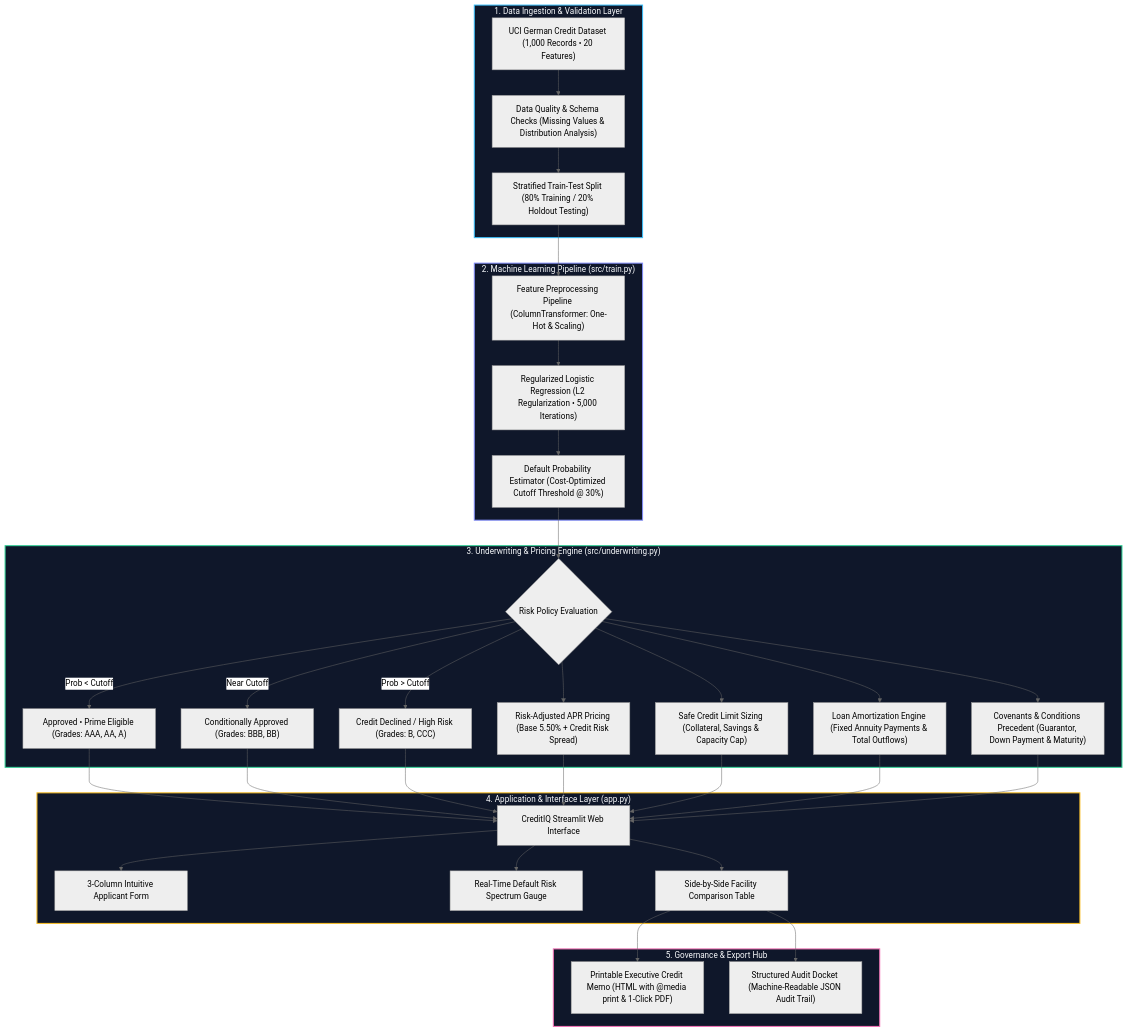
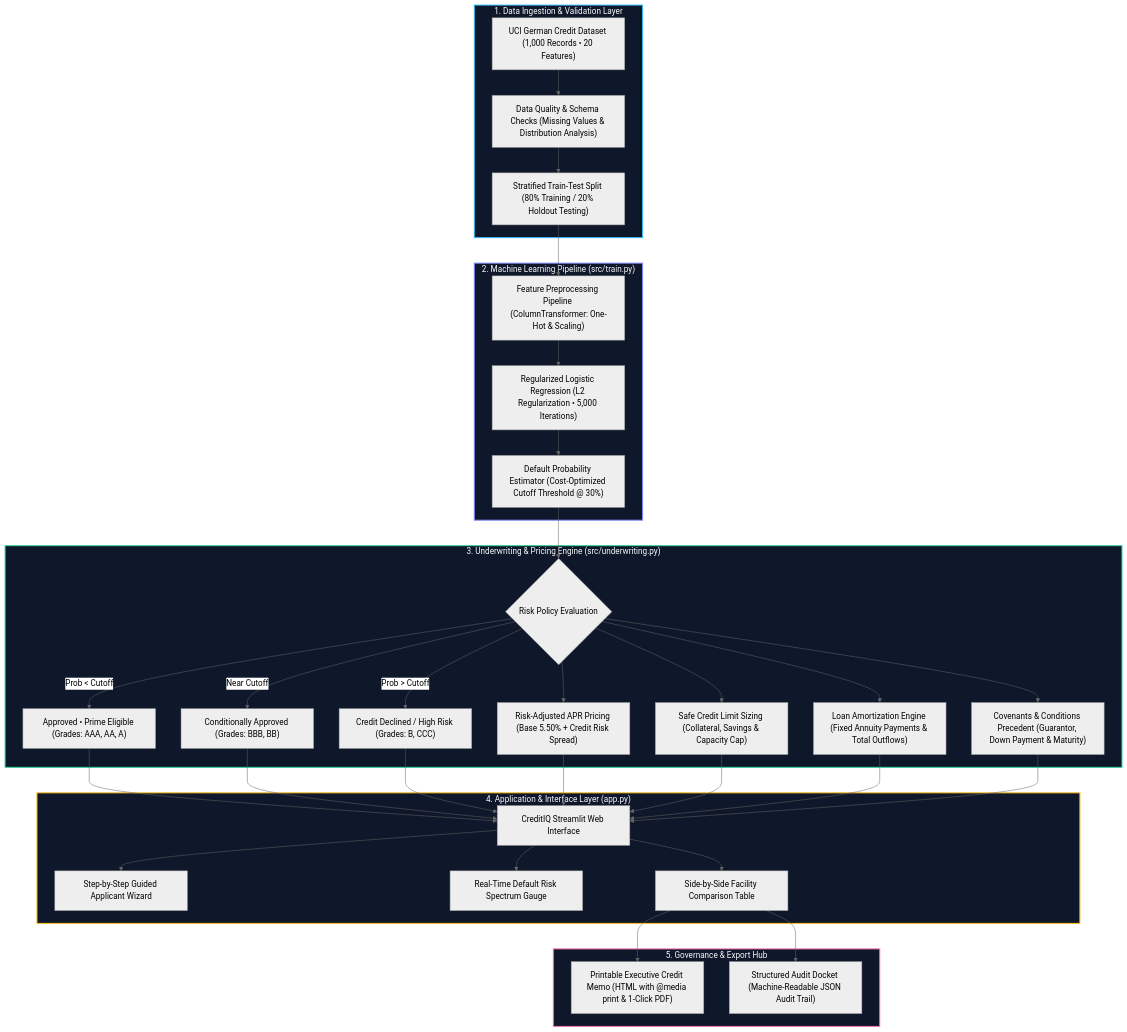
Before and after one commit to ahamedlabs01/credit-risk-prediction: the diagram in README.md, drawn with Mermaid (neutral theme). The commit also changed other lines of this file, not shown here.

Commit message:
docs: align README with Step-by-Step Loan Application Wizard across all sections

````diff
--- a/README.md
+++ b/README.md
@@ -149,43 +149,43 @@
 ```mermaid
 flowchart TD
     subgraph S1 ["1. Data Ingestion & Validation Layer"]
         A["UCI German Credit Dataset (1,000 Records • 20 Features)"] --> B["Data Quality & Schema Checks (Missing Values & Distribution Analysis)"]
         B --> C["Stratified Train-Test Split (80% Training / 20% Holdout Testing)"]
     end
 
     subgraph S2 ["2. Machine Learning Pipeline (src/train.py)"]
         C --> D["Feature Preprocessing Pipeline (ColumnTransformer: One-Hot & Scaling)"]
         D --> E["Regularized Logistic Regression (L2 Regularization • 5,000 Iterations)"]
         E --> F["Default Probability Estimator (Cost-Optimized Cutoff Threshold @ 30%)"]
     end
 
     subgraph S3 ["3. Underwriting & Pricing Engine (src/underwriting.py)"]
         F --> G{"Risk Policy Evaluation"}
         G -->|"Prob < Cutoff"| H1["Approved • Prime Eligible (Grades: AAA, AA, A)"]
         G -->|"Near Cutoff"| H2["Conditionally Approved (Grades: BBB, BB)"]
         G -->|"Prob > Cutoff"| H3["Credit Declined / High Risk (Grades: B, CCC)"]
         
         G --> I["Risk-Adjusted APR Pricing (Base 5.50% + Credit Risk Spread)"]
         G --> J["Safe Credit Limit Sizing (Collateral, Savings & Capacity Cap)"]
         G --> K["Loan Amortization Engine (Fixed Annuity Payments & Total Outflows)"]
         G --> L["Covenants & Conditions Precedent (Guarantor, Down Payment & Maturity)"]
     end
 
     subgraph S4 ["4. Application & Interface Layer (app.py)"]
         H1 & H2 & H3 & I & J & K & L --> M["CreditIQ Streamlit Web Interface"]
-        M --> N["3-Column Intuitive Applicant Form"]
+        M --> N["Step-by-Step Guided Applicant Wizard"]
         M --> O["Real-Time Default Risk Spectrum Gauge"]
         M --> P["Side-by-Side Facility Comparison Table"]
     end
 
     subgraph S5 ["5. Governance & Export Hub"]
         P --> Q["Printable Executive Credit Memo (HTML with @media print & 1-Click PDF)"]
         P --> R["Structured Audit Docket (Machine-Readable JSON Audit Trail)"]
     end
 
     style S1 fill:#0f172a,stroke:#38bdf8,stroke-width:2px,color:#f8fafc
     style S2 fill:#0f172a,stroke:#818cf8,stroke-width:2px,color:#f8fafc
     style S3 fill:#0f172a,stroke:#34d399,stroke-width:2px,color:#f8fafc
     style S4 fill:#0f172a,stroke:#fbbf24,stroke-width:2px,color:#f8fafc
     style S5 fill:#0f172a,stroke:#f472b6,stroke-width:2px,color:#f8fafc
 ```
````
